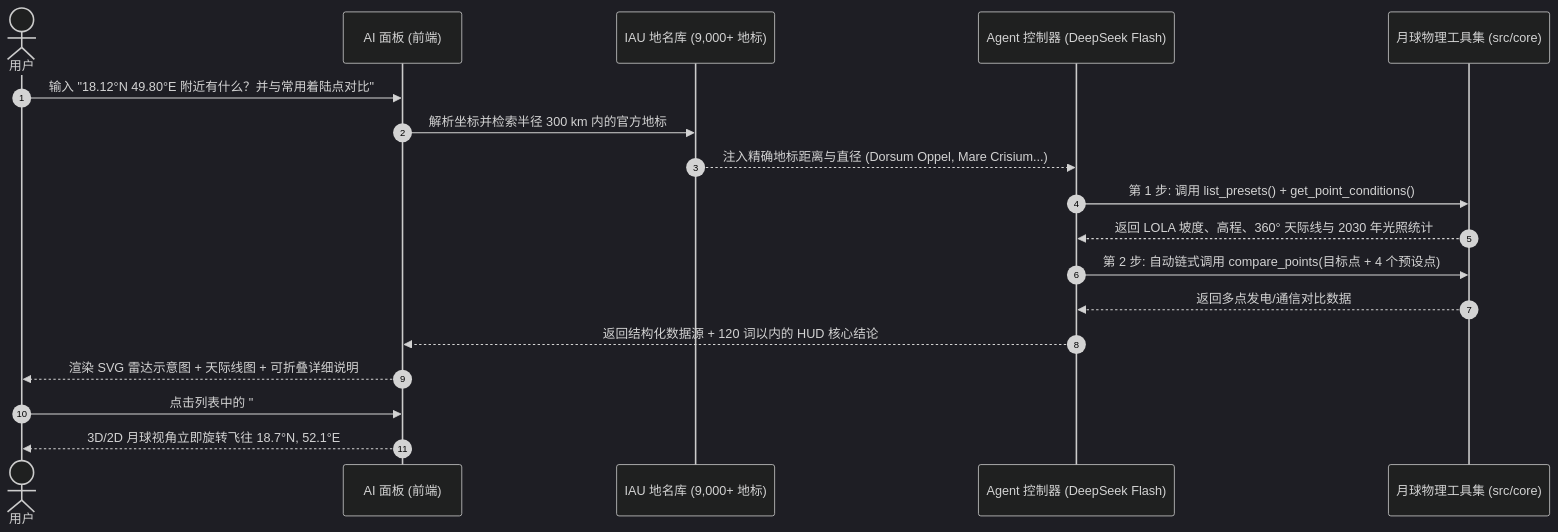
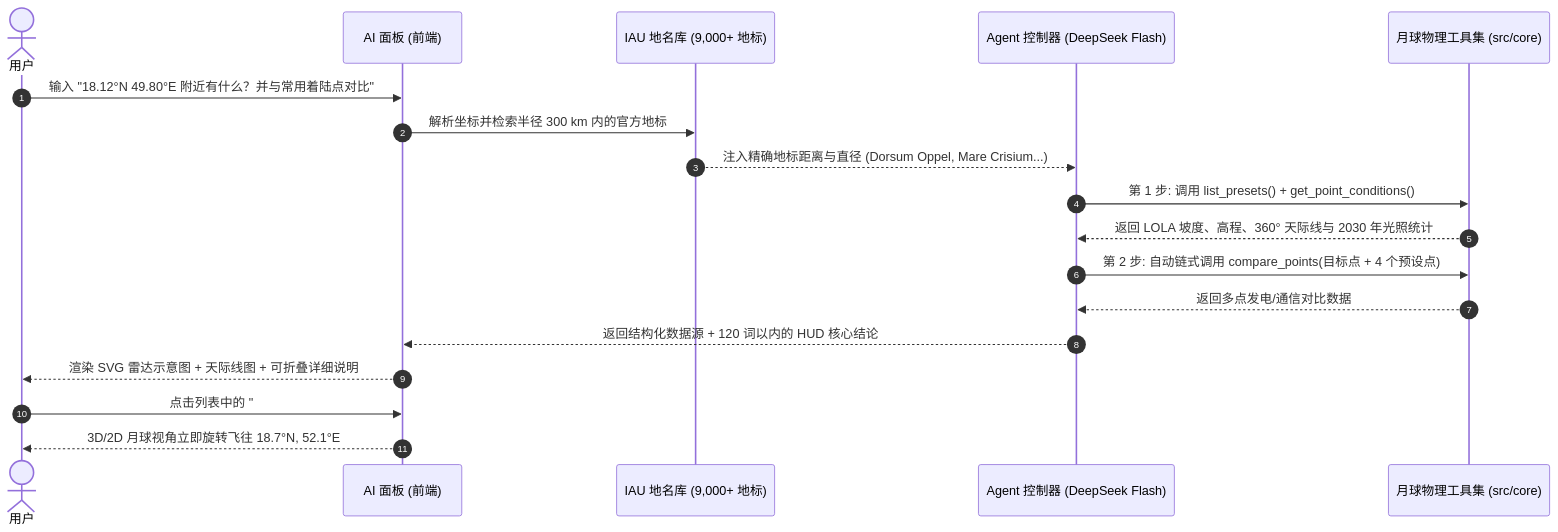
One commit to xbl2602/bean-drift changed the third of 3 diagrams in README.zh-CN.md. Above: the diagram before and after it, drawn with Mermaid. The commit also changed other lines of this file and 2 other files, not shown here.

````diff
--- a/README.zh-CN.md
+++ b/README.zh-CN.md
@@ -120,21 +123,20 @@
 ```mermaid
-%%{init: {'theme': 'dark'}}%%
 sequenceDiagram
   autonumber
   actor U as 用户
   participant UI as AI 面板 (前端)
   participant G as IAU 地名库 (9,000+ 地标)
   participant A as Agent 控制器 (DeepSeek Flash)
   participant T as 月球物理工具集 (src/core)
   U->>UI: 输入 "18.12°N 49.80°E 附近有什么？并与常用着陆点对比"
   UI->>G: 解析坐标并检索半径 300 km 内的官方地标
   G-->>A: 注入精确地标距离与直径 (Dorsum Oppel, Mare Crisium...)
   A->>T: 第 1 步: 调用 list_presets() + get_point_conditions()
   T-->>A: 返回 LOLA 坡度、高程、360° 天际线与 2030 年光照统计
   A->>T: 第 2 步: 自动链式调用 compare_points(目标点 + 4 个预设点)
   T-->>A: 返回多点发电/通信对比数据
   A-->>UI: 返回结构化数据源 + 120 词以内的 HUD 核心结论
   UI-->>U: 渲染 SVG 雷达示意图 + 天际线图 + 可折叠详细说明
   U->>UI: 点击列表中的 "#1 Dorsum Oppel"
   UI-->>U: 3D/2D 月球视角立即旋转飞往 18.7°N, 52.1°E
 ```
````
